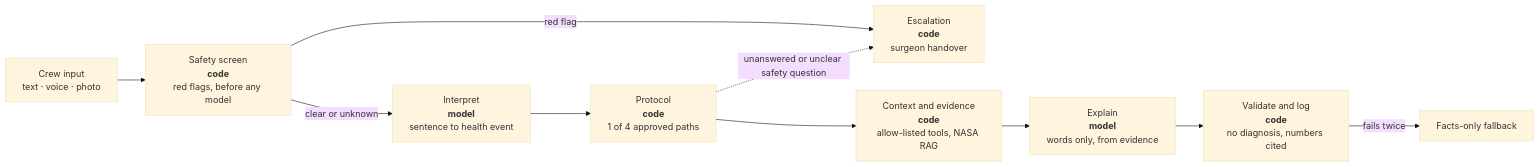
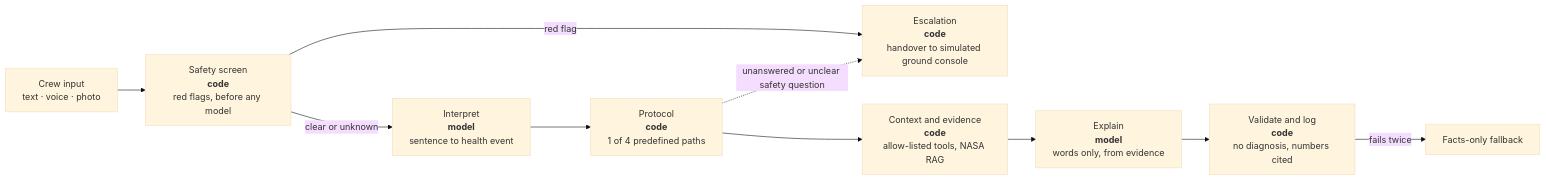
One commit to KiyarashKia/Nastra changed the diagram in README.md. Above: the diagram before and after it, drawn with Mermaid (base theme). The commit also changed other lines of this file, not shown here.

````diff
--- a/README.md
+++ b/README.md
@@ -60,12 +60,12 @@
 ```mermaid
 flowchart LR
     A["Crew input<br/>text · voice · photo"] --> B["Safety screen<br/><b>code</b><br/>red flags, before any model"]
-    B -- red flag --> X["Escalation<br/><b>code</b><br/>surgeon handover"]
+    B -- red flag --> X["Escalation<br/><b>code</b><br/>handover to simulated ground console"]
     B -- clear or unknown --> C["Interpret<br/><b>model</b><br/>sentence to health event"]
-    C --> D["Protocol<br/><b>code</b><br/>1 of 4 approved paths"]
+    C --> D["Protocol<br/><b>code</b><br/>1 of 4 predefined paths"]
     D --> E["Context and evidence<br/><b>code</b><br/>allow-listed tools, NASA RAG"]
     E --> F["Explain<br/><b>model</b><br/>words only, from evidence"]
     F --> G["Validate and log<br/><b>code</b><br/>no diagnosis, numbers cited"]
     G -- fails twice --> H["Facts-only fallback"]
     D -. unanswered or unclear safety question .-> X
 ```
````
